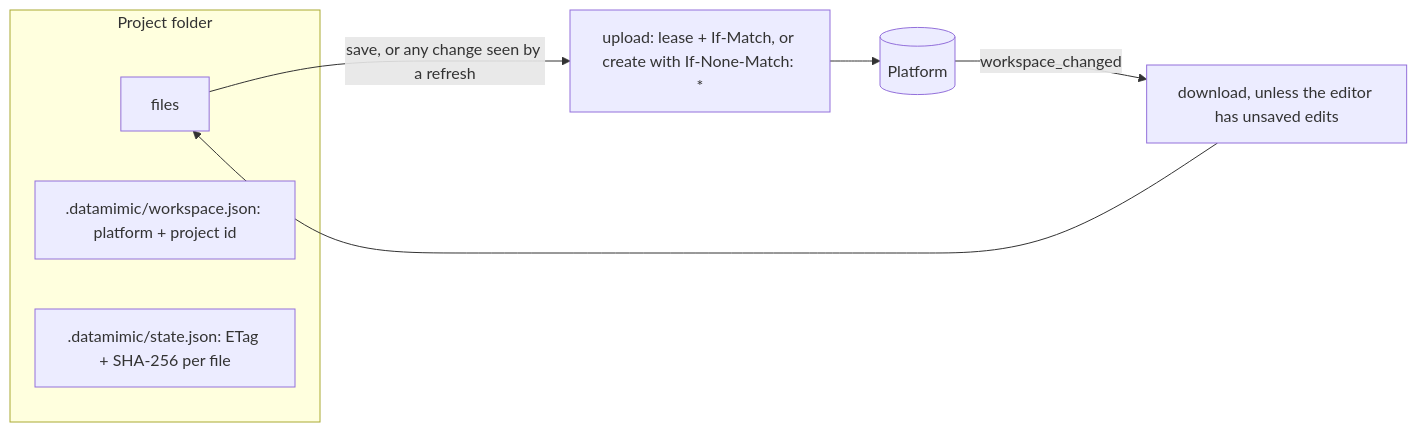
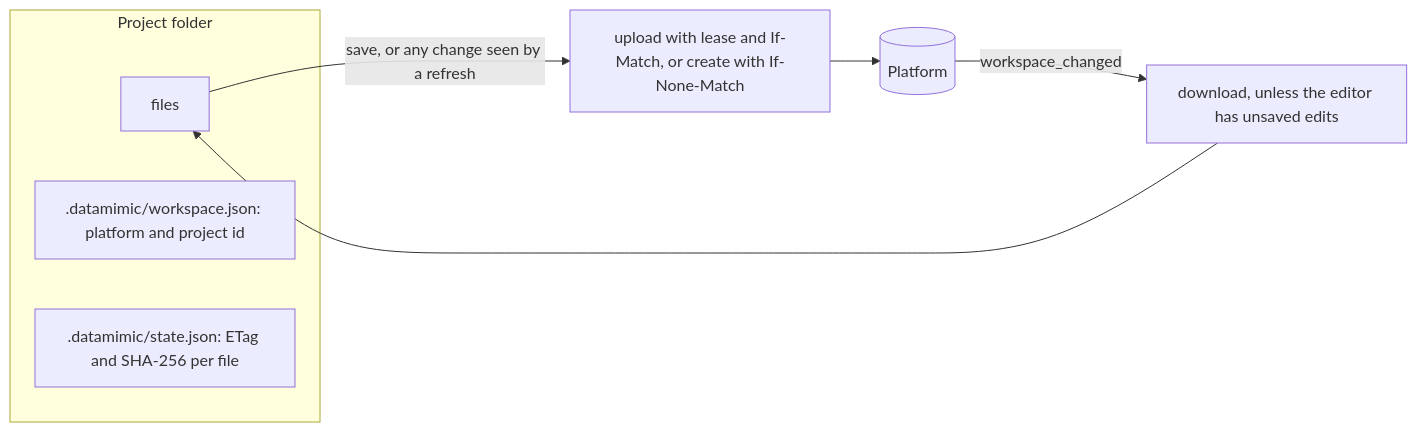
The diagram in docs/adr/0003-local-project-folder.md (rapiddweller/datamimic-jetbrains), drawn with Mermaid before and after one commit. The commit also changed 3 other files, not shown here.

First line of the commit message:
Quote Mermaid labels so diagrams render in every viewer

````diff
--- a/docs/adr/0003-local-project-folder.md
+++ b/docs/adr/0003-local-project-folder.md
@@ -22,12 +22,12 @@
 ```mermaid
 flowchart LR
   subgraph local["Project folder"]
-    F[files]
-    M[".datamimic/workspace.json: platform + project id"]
-    S[".datamimic/state.json: ETag + SHA-256 per file"]
+    F["files"]
+    M[".datamimic/workspace.json: platform and project id"]
+    S[".datamimic/state.json: ETag and SHA-256 per file"]
   end
-  F -- "save, or any change seen by a refresh" --> U["upload: lease + If-Match, or create with If-None-Match: *"]
-  U --> P[(Platform)]
+  F -- "save, or any change seen by a refresh" --> U["upload with lease and If-Match, or create with If-None-Match"]
+  U --> P[("Platform")]
   P -- "workspace_changed" --> D["download, unless the editor has unsaved edits"]
   D --> F
 ```
````
